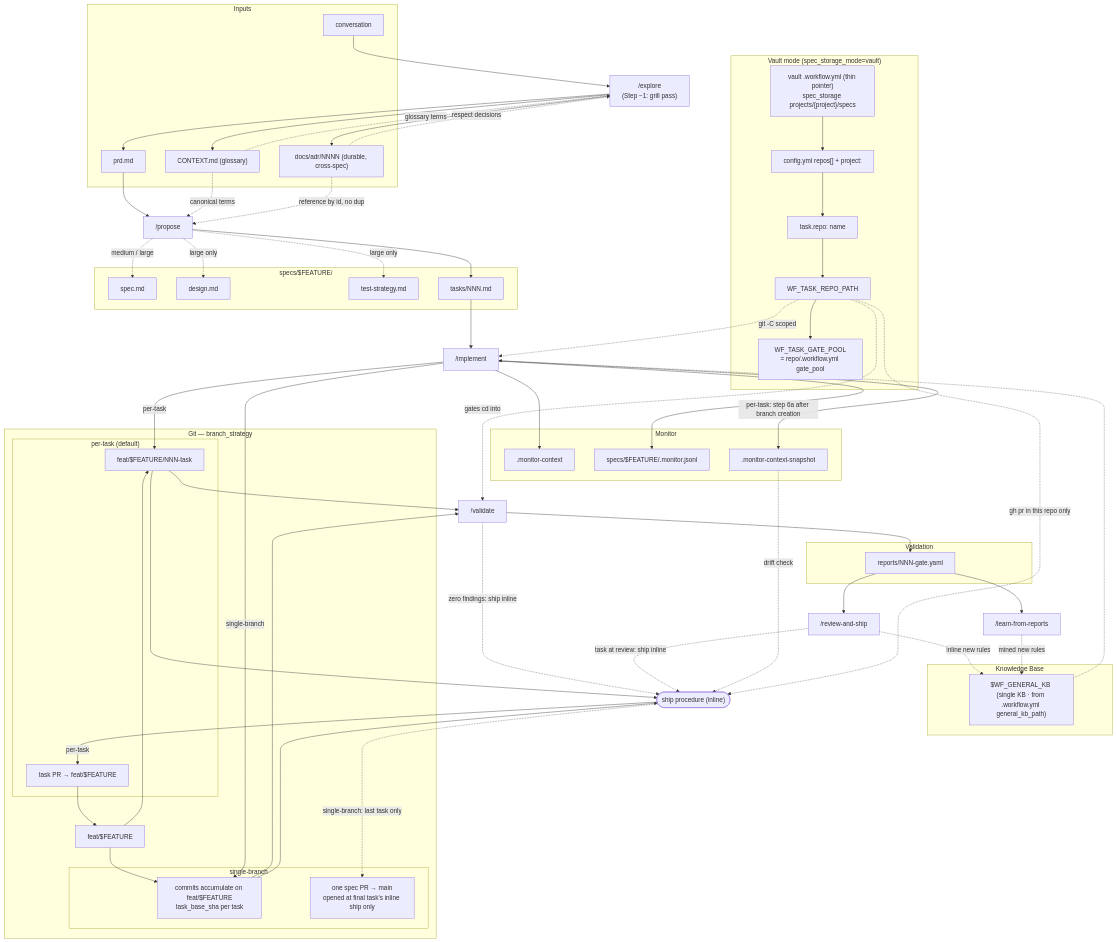
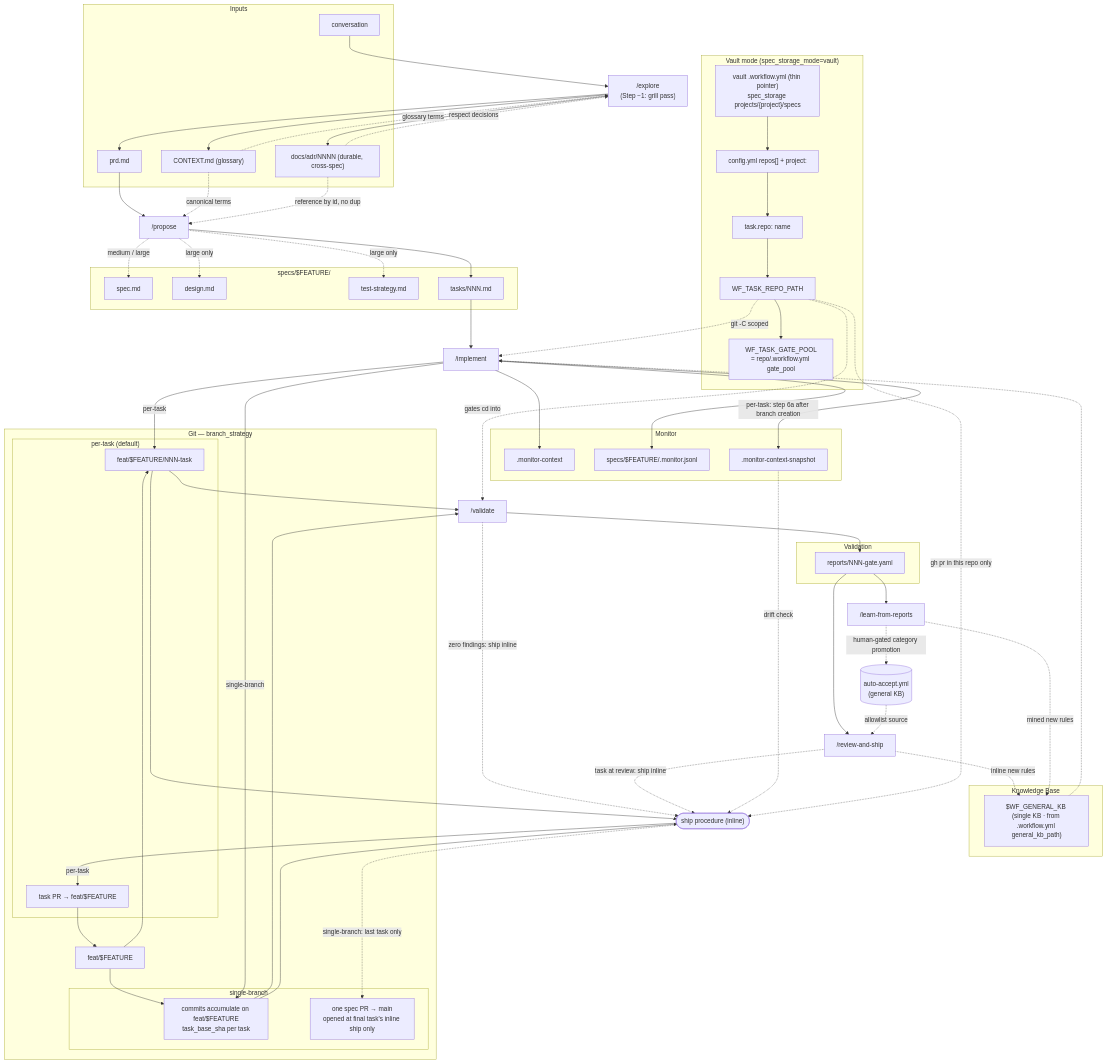
Before and after one commit to AlarQ/SDD-hub: the fifth of 14 diagrams in docs/workflow-diagram.md, drawn with Mermaid. The commit also changed other lines of this file and 3 other files, not shown here.

```diff
--- a/docs/workflow-diagram.md
+++ b/docs/workflow-diagram.md
@@ -278,6 +278,8 @@
     RF -.->|inline new rules| GKB
     REPORTS --> LFR["/learn-from-reports"]
     LFR -.->|mined new rules| GKB
+    LFR -.->|human-gated category promotion| AAY[("auto-accept.yml<br/>(general KB)")]
+    AAY -.->|allowlist source| RF
 
     TBR --> SHP(["ship procedure (inline)"])
     SBC --> SHP
```
